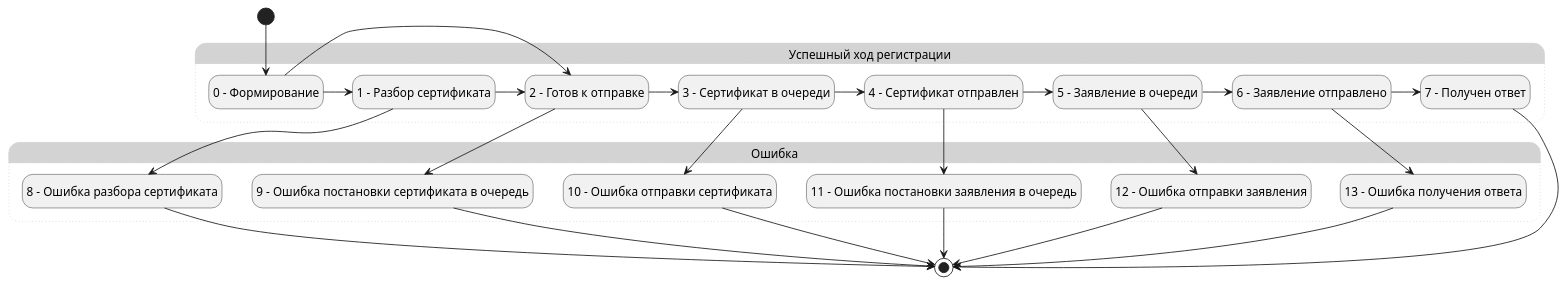
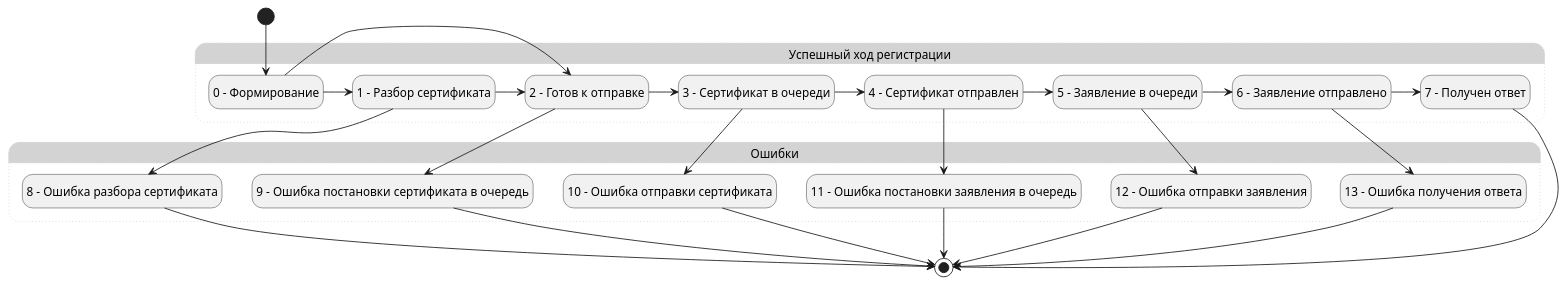
One commit to citpb/platform-astral-schemes changed the diagram in udo_plora_statuses.puml. Above: the diagram before and after it, drawn with PlantUML.

Commit message:
Update udo_plora_statuses.puml
Исправлено название группы ошибок.

```diff
--- a/udo_plora_statuses.puml
+++ b/udo_plora_statuses.puml
@@ -1,53 +1,53 @@
 @startuml
 hide empty description
 state "Успешный ход регистрации" as Saccess #LightGray;line.dotted;line:LightGray {
     state "0 – Формирование" as State0
     state "1 – Разбор сертификата" as State1
     state "2 - Готов к отправке" as State2
     state "3 - Сертификат в очереди" as State3
     state "4 - Сертификат отправлен" as State4
     state "5 - Заявление в очереди" as State5
     state "6 - Заявление отправлено" as State6
     state "7 - Получен ответ" as State7
 }
-state "Ошибка" as Error #LightGray;line.dotted;line:LightGray {
+state "Ошибки" as Errors #LightGray;line.dotted;line:LightGray {
     state "8 - Ошибка разбора сертификата" as State8
     state "9 - Ошибка постановки сертификата в очередь" as State9
     state "10 - Ошибка отправки сертификата" as State10
     state "11 - Ошибка постановки заявления в очередь" as State11
     state "12 - Ошибка отправки заявления" as State12
     state "13 - Ошибка получения ответа" as State13
 }
 
 [*] --> State0
 State0 -> State1
 State0 -> State2
 
 State1 -> State2
 State1 --> State8
 
 State2 -> State3
 State2 --> State9
 
 State3 -> State4
 State3 --> State10
 
 State4 -> State5
 State4 --> State11
 
 State5 -> State6
 State5 --> State12
 
 State6 -> State7
 State6 --> State13
 
 State8  --> [*]
 State9  --> [*]
 State10 --> [*]
 State11 --> [*]
 State12 --> [*]
 State13 --> [*]
 
 State7 --> [*]
 
 @enduml
```
